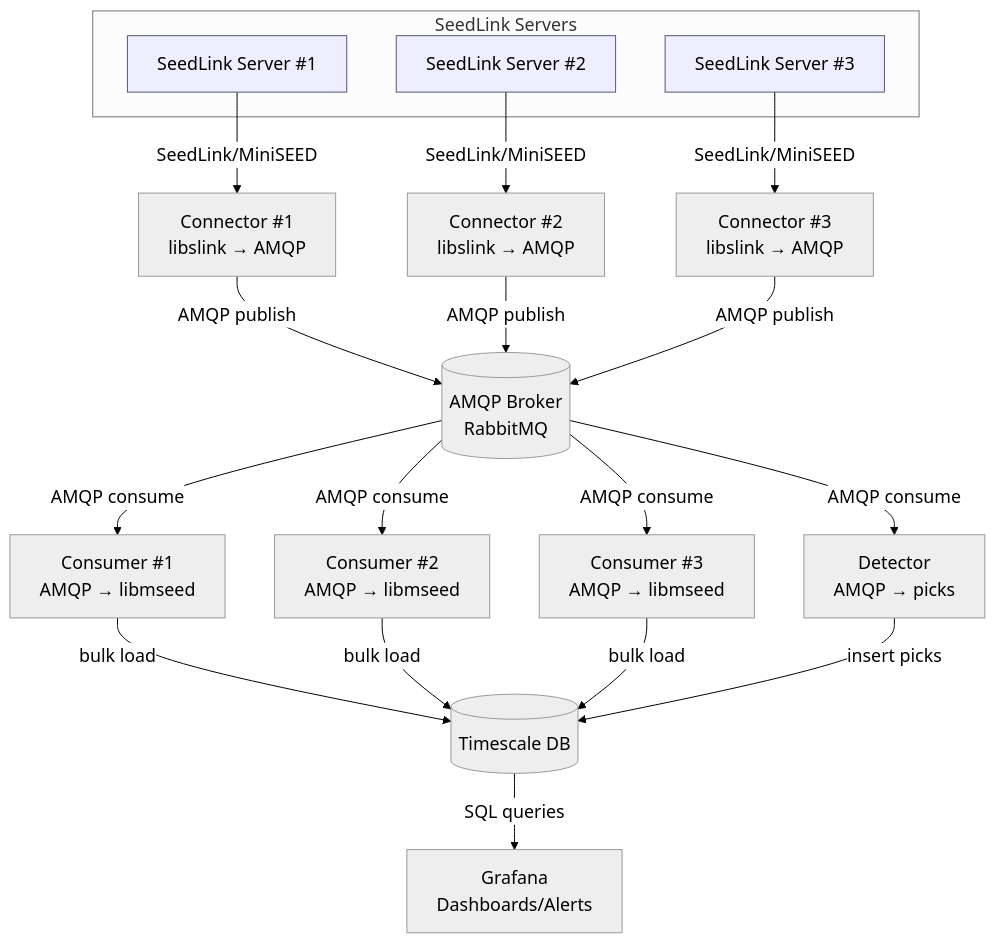
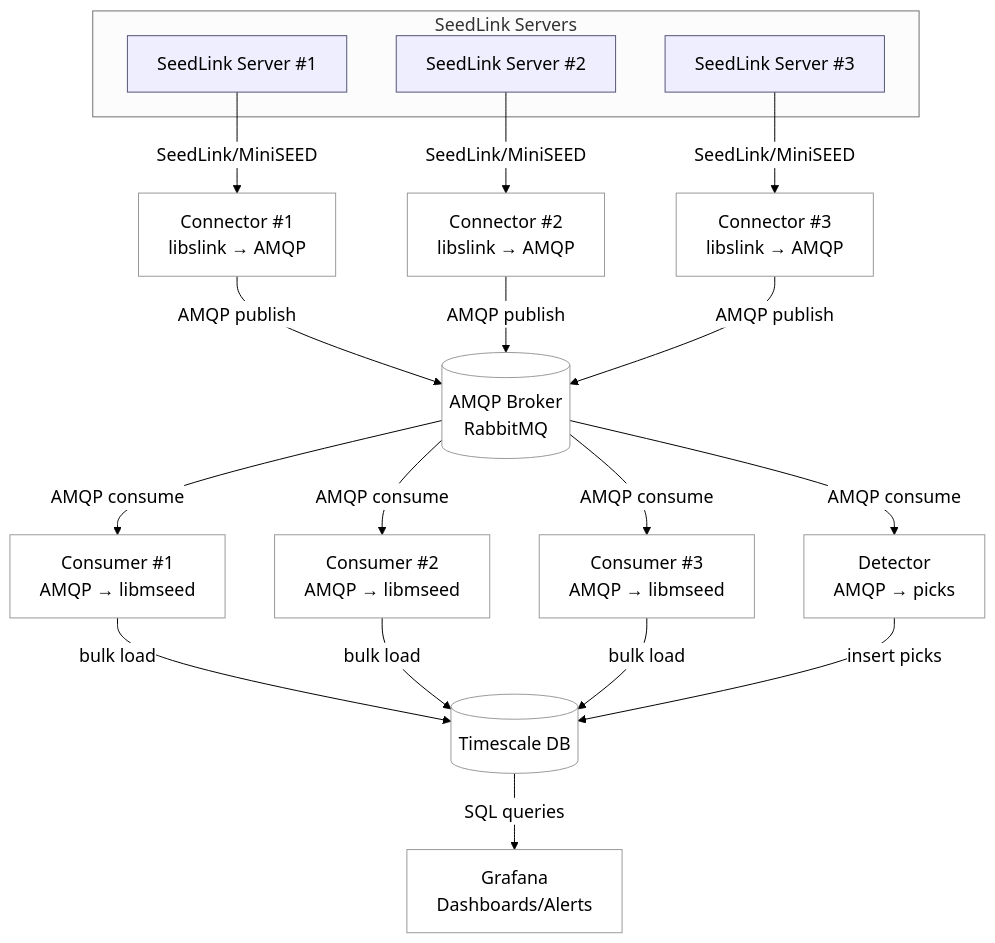
Before and after one commit to timkomate/seisstream: the diagram in README.md, drawn with Mermaid.

Commit message:
Some README.md tweaks

````diff
--- a/README.md
+++ b/README.md
@@ -6,32 +6,32 @@
 ```mermaid
-%%{init: {"theme":"neutral","themeVariables":{"fontSize":"18px","primaryTextColor":"#000","lineColor":"#000"}}}%%
+%%{init: {"theme":"neutral","themeVariables":{"fontSize":"18px","primaryTextColor":"#000","lineColor":"#000","background":"#ffffff","mainBkg":"#ffffff"}}}%%
 flowchart TB
   subgraph SeedLink Servers
     SL1[SeedLink Server #1]:::src
     SL2[SeedLink Server #2]:::src
     SL3[SeedLink Server #3]:::src
   end
 
   SL1 -->|SeedLink/MiniSEED| CON1[Connector #1<br/>libslink → AMQP]
   SL2 -->|SeedLink/MiniSEED| CON2[Connector #2<br/>libslink → AMQP]
   SL3 -->|SeedLink/MiniSEED| CON3[Connector #3<br/>libslink → AMQP]
 
   CON1 -->|AMQP publish| MQ[(AMQP Broker<br/>RabbitMQ)]
   CON2 -->|AMQP publish| MQ
   CON3 -->|AMQP publish| MQ
 
   MQ -->|AMQP consume| CNS1[Consumer #1<br/>AMQP → libmseed]
   MQ -->|AMQP consume| CNS2[Consumer #2<br/>AMQP → libmseed]
   MQ -->|AMQP consume| CNS3[Consumer #3<br/>AMQP → libmseed]
   MQ -->|AMQP consume| DET[Detector<br/>AMQP → picks]
 
   CNS1 -->|bulk load| PG[(Timescale DB)]
   CNS2 -->|bulk load| PG
   CNS3 -->|bulk load| PG
   DET -->|insert picks| PG
 
   PG -->|SQL queries| GRAF[Grafana<br/>Dashboards/Alerts]
 
   classDef src fill:#eef,stroke:#557;
 
 ```
````
